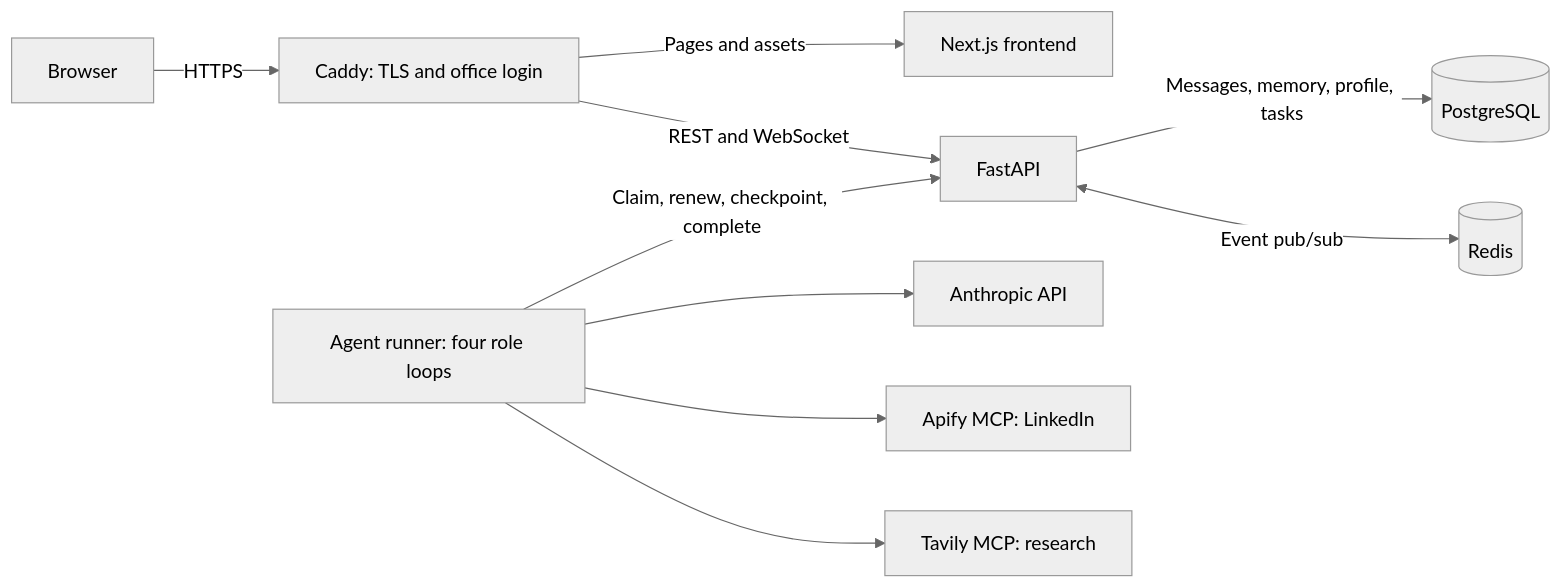
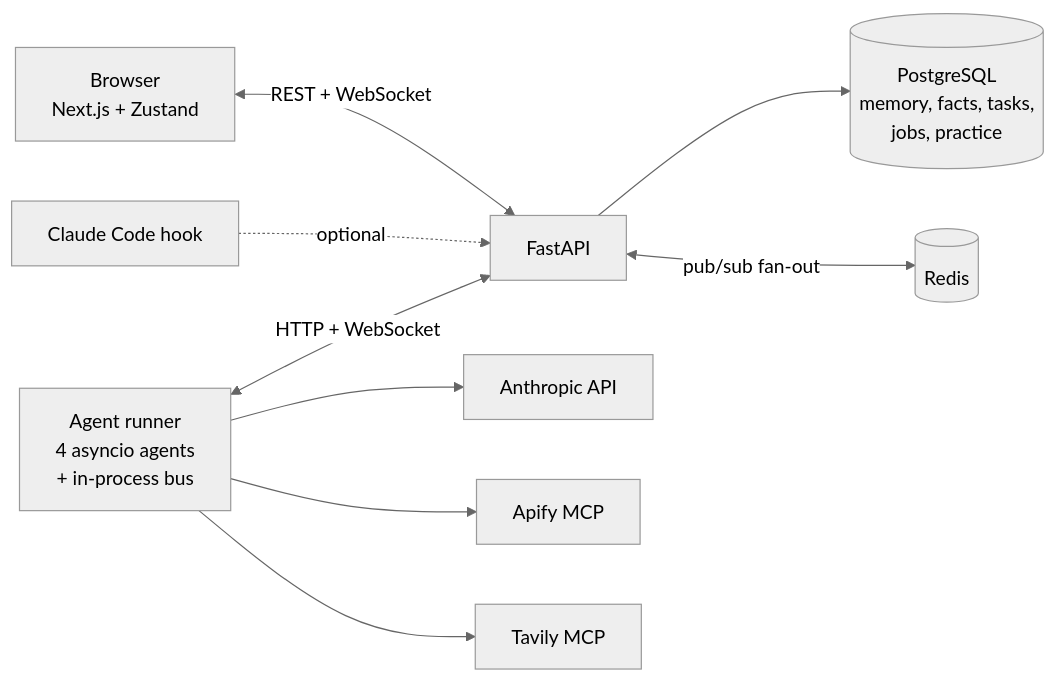
Before and after one commit to sparkling-snail/penguinhq: the diagram in README.md, drawn with Mermaid (neutral theme). The commit also changed other lines of this file and 3 other files, not shown here.

````diff
--- a/README.md
+++ b/README.md
@@ -30,12 +44,11 @@
 ```mermaid
 flowchart LR
-    Browser[Browser] -->|HTTPS| Proxy[Caddy: TLS and office login]
-    Proxy -->|Pages and assets| Web[Next.js frontend]
-    Proxy -->|REST and WebSocket| API[FastAPI]
-    API -->|Messages, memory, profile, tasks| DB[(PostgreSQL)]
-    API <-->|Event pub/sub| Redis[(Redis)]
-    Worker[Agent runner: four role loops] -->|Claim, renew, checkpoint, complete| API
-    Worker --> Claude[Anthropic API]
-    Worker --> Apify[Apify MCP: LinkedIn]
-    Worker --> Tavily[Tavily MCP: research]
+    Browser[Browser<br/>Next.js + Zustand] <-->|REST + WebSocket| API[FastAPI]
+    API --> DB[(PostgreSQL<br/>memory, facts, tasks,<br/>jobs, practice)]
+    API <-->|pub/sub fan-out| Redis[(Redis)]
+    Runner[Agent runner<br/>4 asyncio agents<br/>+ in-process bus] <-->|HTTP + WebSocket| API
+    Runner --> Claude[Anthropic API]
+    Runner --> Apify[Apify MCP]
+    Runner --> Tavily[Tavily MCP]
+    Hook[Claude Code hook] -.->|optional| API
 ```
````
